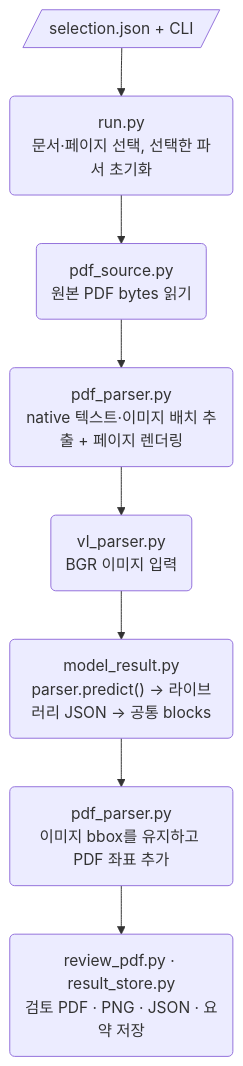
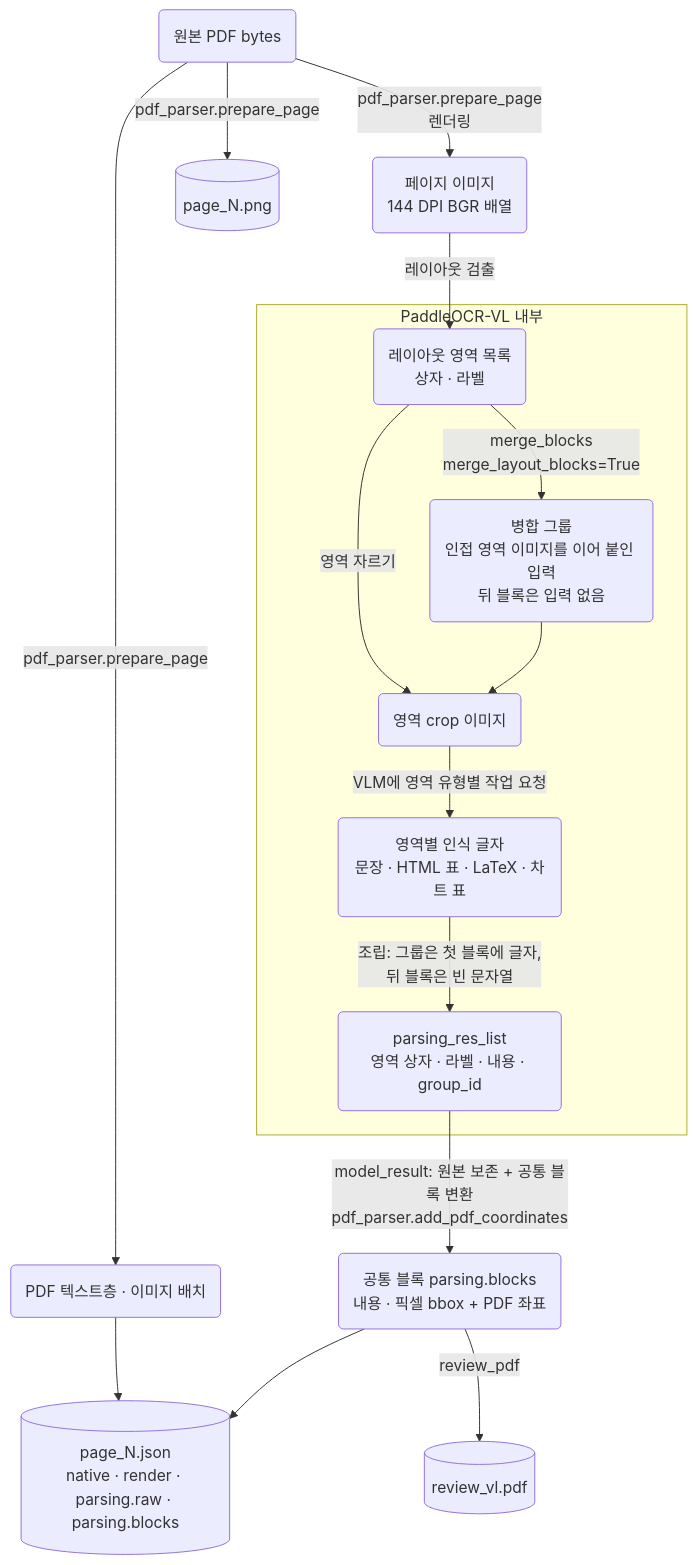
The diagram in docs/parsing/log/2026-10-30_vl.md (LeF-0213/MMDocIR_Multimodal_RAG), drawn with Mermaid before and after one commit. The commit also changed other lines of this file and 6 other files, not shown here.

````diff
--- a/docs/parsing/log/2026-10-30_vl.md
+++ b/docs/parsing/log/2026-10-30_vl.md
@@ -84,12 +88,33 @@
 ```mermaid
 flowchart TD
-    IN[/"selection.json + CLI"/]
-    RUN("run.py<br/>문서·페이지 선택, 선택한 파서 초기화")
-    SRC("pdf_source.py<br/>원본 PDF bytes 읽기")
-    PREP("pdf_parser.py<br/>native 텍스트·이미지 배치 추출 + 페이지 렌더링")
-    VL("vl_parser.py<br/>BGR 이미지 입력")
-    RES("model_result.py<br/>parser.predict() → 라이브러리 JSON → 공통 blocks")
-    COORD("pdf_parser.py<br/>이미지 bbox를 유지하고 PDF 좌표 추가")
-    STORE("review_pdf.py · result_store.py<br/>검토 PDF · PNG · JSON · 요약 저장")
-    IN --> RUN --> SRC --> PREP --> VL --> RES --> COORD --> STORE
+    PDF("원본 PDF bytes")
+    NATIVE("PDF 텍스트층 · 이미지 배치")
+    IMG("페이지 이미지<br/>144 DPI BGR 배열")
+
+    subgraph VLIN["PaddleOCR-VL 내부"]
+        REG("레이아웃 영역 목록<br/>상자 · 라벨")
+        GRP("병합 그룹<br/>인접 영역 이미지를 이어 붙인 입력<br/>뒤 블록은 입력 없음")
+        CROP("영역 crop 이미지")
+        GEN("영역별 인식 글자<br/>문장 · HTML 표 · LaTeX · 차트 표")
+        RES("parsing_res_list<br/>영역 상자 · 라벨 · 내용 · group_id")
+    end
+
+    BLOCKS("공통 블록 parsing.blocks<br/>내용 · 픽셀 bbox + PDF 좌표")
+    PJSON[("page_N.json<br/>native · render · parsing.raw · parsing.blocks")]
+    PNG[("page_N.png")]
+    REVIEW[("review_vl.pdf")]
+
+    PDF -->|"pdf_parser.prepare_page"| NATIVE
+    PDF -->|"pdf_parser.prepare_page<br/>렌더링"| IMG
+    PDF -->|"pdf_parser.prepare_page"| PNG
+    IMG -->|"레이아웃 검출"| REG
+    REG -->|"merge_blocks<br/>merge_layout_blocks=True"| GRP
+    REG -->|"영역 자르기"| CROP
+    GRP --> CROP
+    CROP -->|"VLM에 영역 유형별 작업 요청"| GEN
+    GEN -->|"조립: 그룹은 첫 블록에 글자,<br/>뒤 블록은 빈 문자열"| RES
+    RES -->|"model_result: 원본 보존 + 공통 블록 변환<br/>pdf_parser.add_pdf_coordinates"| BLOCKS
+    NATIVE --> PJSON
+    BLOCKS --> PJSON
+    BLOCKS -->|"review_pdf"| REVIEW
 ```
````
